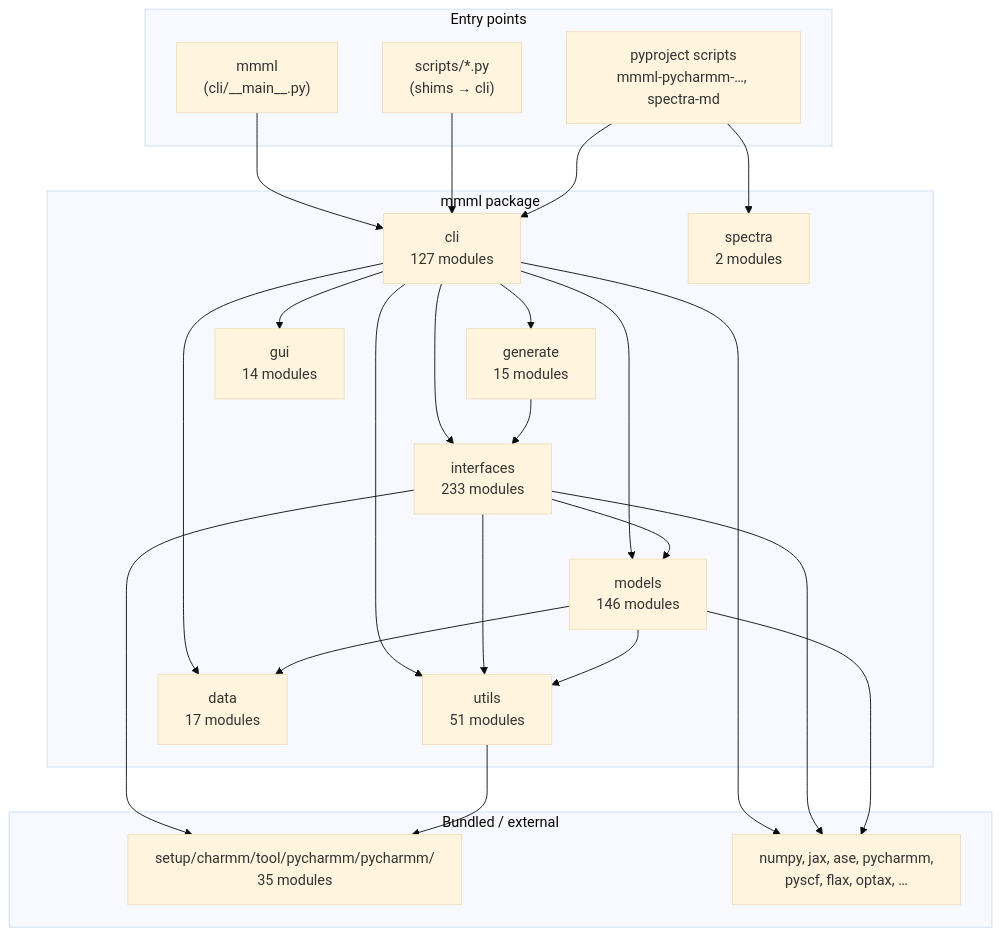
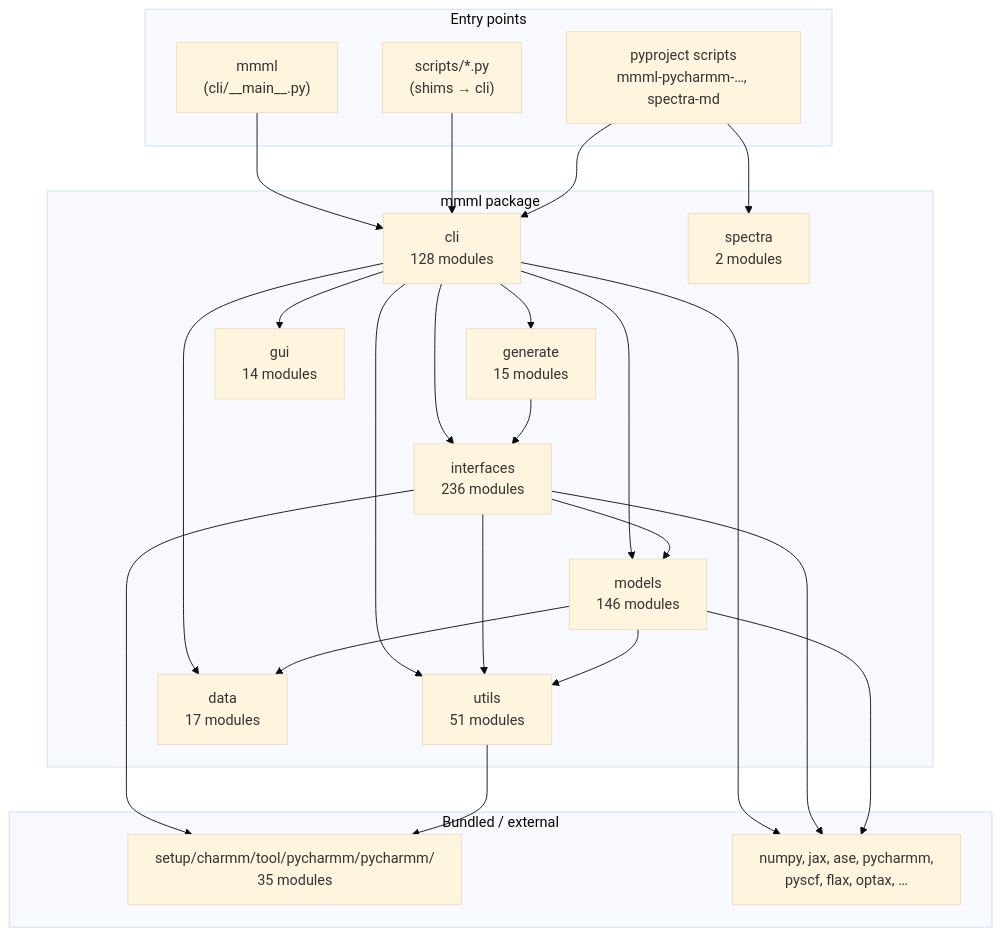
The first of 8 diagrams in docs/package-architecture.md (EricBoittier/mmml), drawn with Mermaid (base theme) before and after one commit. The commit also changed other lines of this file and 5 other files, not shown here.

````diff
--- a/docs/package-architecture.md
+++ b/docs/package-architecture.md
@@ -13,48 +13,48 @@
 ```mermaid
 flowchart TB
   subgraph entry["Entry points"]
     MMML["mmml\n(cli/__main__.py)"]
     SCRIPTS["scripts/*.py\n(shims → cli)"]
     PKG["pyproject scripts\nmmml-pycharmm-…, spectra-md"]
   end
 
   subgraph mmml_pkg["mmml package"]
-    CLI["cli\n127 modules"]
-    IFACE["interfaces\n233 modules"]
+    CLI["cli\n128 modules"]
+    IFACE["interfaces\n236 modules"]
     MODELS["models\n146 modules"]
     UTILS["utils\n51 modules"]
     DATA["data\n17 modules"]
     GEN["generate\n15 modules"]
     GUI["gui\n14 modules"]
     SPEC["spectra\n2 modules"]
   end
 
   subgraph vendor["Bundled / external"]
     PYCH["setup/charmm/tool/pycharmm/pycharmm/\n35 modules"]
     EXT["numpy, jax, ase, pycharmm,\npyscf, flax, optax, …"]
   end
 
   MMML --> CLI
   SCRIPTS --> CLI
   PKG --> CLI
   PKG --> SPEC
 
   CLI --> IFACE
   CLI --> MODELS
   CLI --> DATA
   CLI --> UTILS
   CLI --> GEN
   CLI --> GUI
 
   IFACE --> MODELS
   IFACE --> UTILS
   IFACE --> PYCH
   MODELS --> UTILS
   MODELS --> DATA
   UTILS --> PYCH
   GEN --> IFACE
 
   CLI --> EXT
   IFACE --> EXT
   MODELS --> EXT
 ```
````
